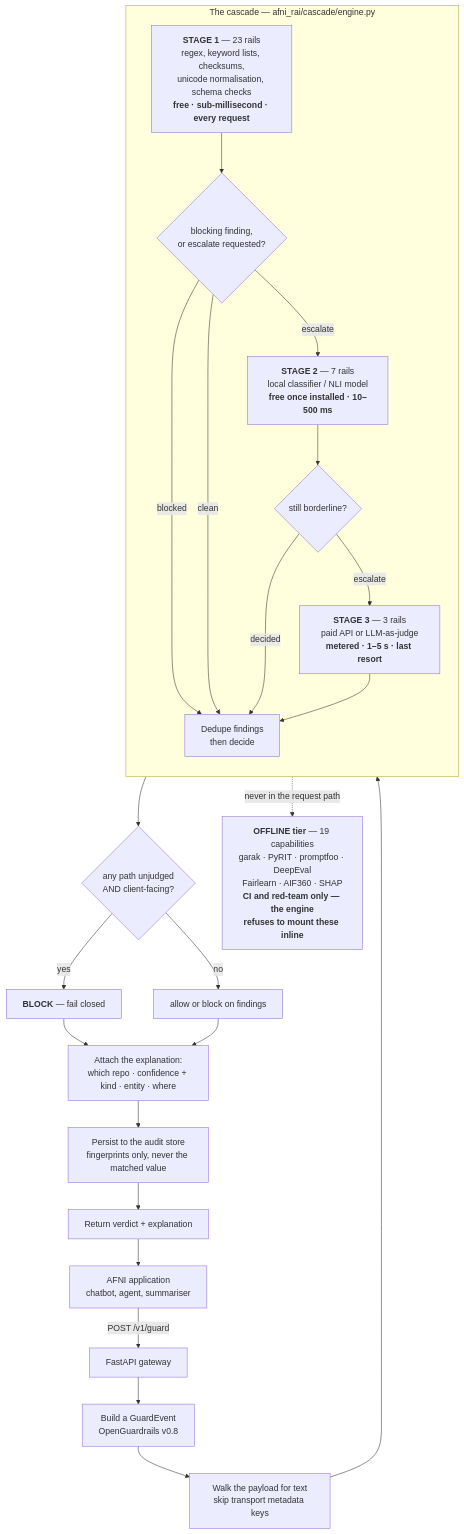
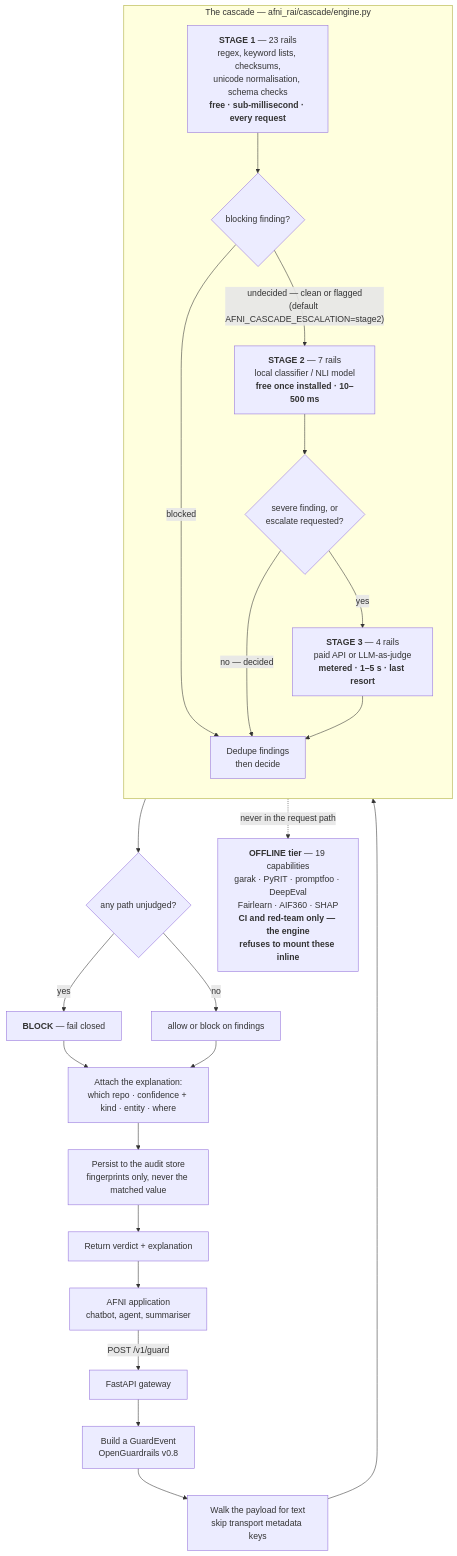
One commit to saimuthiki/RAI_AFNI changed the first of 8 diagrams in README.md. Above: the diagram before and after it, drawn with Mermaid. The commit also changed other lines of this file and 14 other files, not shown here.

````diff
--- a/README.md
+++ b/README.md
@@ -188,39 +190,38 @@
 ```mermaid
 flowchart TD
     APP["AFNI application<br/>chatbot, agent, summariser"] -->|"POST /v1/guard"| GW["FastAPI gateway"]
 
     GW --> NORM["Build a GuardEvent<br/>OpenGuardrails v0.8"]
     NORM --> WALK["Walk the payload for text<br/>skip transport metadata keys"]
     WALK --> S1
 
     subgraph CASCADE["The cascade — afni_rai/cascade/engine.py"]
       direction TB
       S1["<b>STAGE 1</b> — 23 rails<br/>regex, keyword lists, checksums,<br/>unicode normalisation, schema checks<br/><b>free · sub-millisecond · every request</b>"]
-      S1 --> D1{"blocking finding,<br/>or escalate requested?"}
+      S1 --> D1{"blocking finding?"}
       D1 -->|"blocked"| VERDICT
-      D1 -->|"clean"| VERDICT
-      D1 -->|"escalate"| S2
+      D1 -->|"undecided — clean or flagged<br/>(default AFNI_CASCADE_ESCALATION=stage2)"| S2
 
       S2["<b>STAGE 2</b> — 7 rails<br/>local classifier / NLI model<br/><b>free once installed · 10–500 ms</b>"]
-      S2 --> D2{"still borderline?"}
-      D2 -->|"decided"| VERDICT
-      D2 -->|"escalate"| S3
+      S2 --> D2{"severe finding, or<br/>escalate requested?"}
+      D2 -->|"no — decided"| VERDICT
+      D2 -->|"yes"| S3
 
-      S3["<b>STAGE 3</b> — 3 rails<br/>paid API or LLM-as-judge<br/><b>metered · 1–5 s · last resort</b>"]
+      S3["<b>STAGE 3</b> — 4 rails<br/>paid API or LLM-as-judge<br/><b>metered · 1–5 s · last resort</b>"]
       S3 --> VERDICT
     end
 
-    VERDICT["Dedupe findings<br/>then decide"] --> FC{"any path unjudged<br/>AND client-facing?"}
+    VERDICT["Dedupe findings<br/>then decide"] --> FC{"any path unjudged?"}
     FC -->|"yes"| BLOCK["<b>BLOCK</b> — fail closed"]
     FC -->|"no"| DEC["allow or block on findings"]
 
     BLOCK --> EXPLAIN
     DEC --> EXPLAIN
     EXPLAIN["Attach the explanation:<br/>which repo · confidence + kind · entity · where"]
     EXPLAIN --> AUDIT["Persist to the audit store<br/>fingerprints only, never the matched value"]
     AUDIT --> RESP["Return verdict + explanation"]
     RESP --> APP
 
     OFFLINE["<b>OFFLINE tier</b> — 19 capabilities<br/>garak · PyRIT · promptfoo · DeepEval<br/>Fairlearn · AIF360 · SHAP<br/><b>CI and red-team only — the engine<br/>refuses to mount these inline</b>"]
     CASCADE -.->|"never in the request path"| OFFLINE
 ```
````
